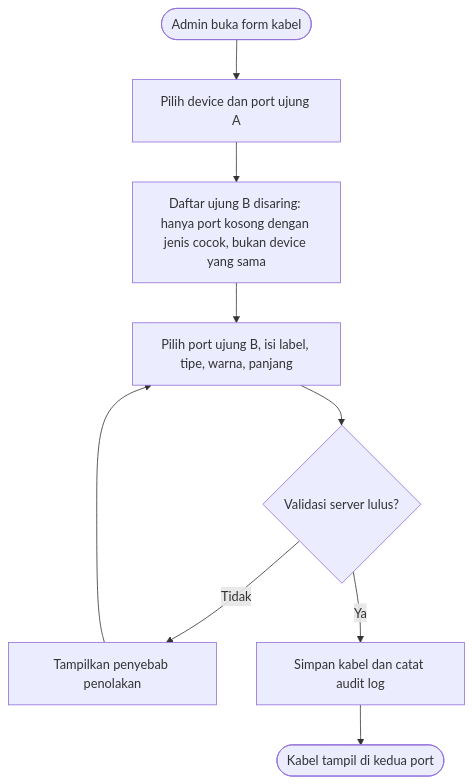
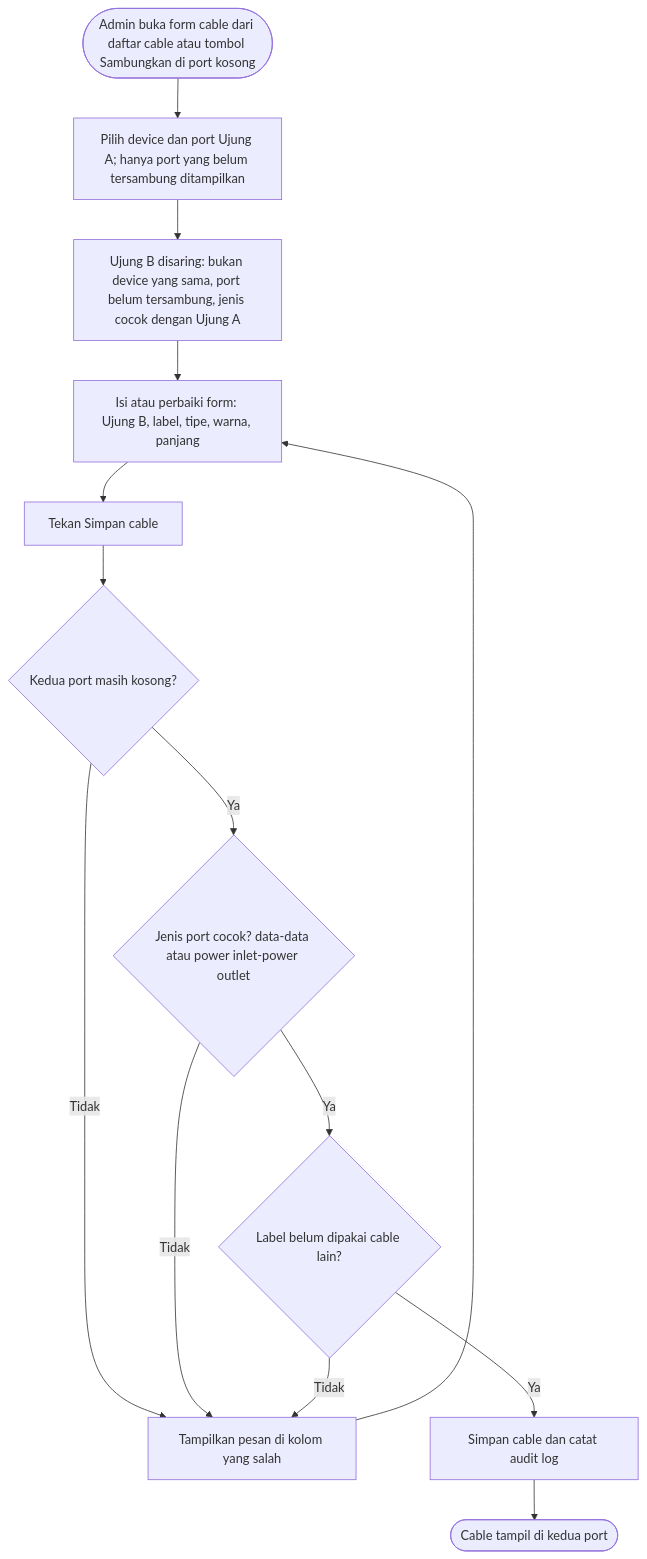
Before and after one commit to haldrianlab-arch/DCM_PROJECT: the third of 6 diagrams in docs/diagrams/flowchart.md, drawn with Mermaid. The commit also changed other lines of this file and 10 other files, not shown here.

Commit message:
docs: PRD v0.3, design spec v0.3, flowchart dan use case diperbarui

````diff
--- a/docs/diagrams/flowchart.md
+++ b/docs/diagrams/flowchart.md
@@ -51,10 +64,15 @@
 ```mermaid
 flowchart TD
-    A([Admin buka form kabel]) --> B[Pilih device dan port ujung A]
-    B --> C["Daftar ujung B disaring: hanya port kosong dengan jenis cocok, bukan device yang sama"]
-    C --> D[Pilih port ujung B, isi label, tipe, warna, panjang]
-    D --> E{"Validasi server lulus?"}
-    E -- Tidak --> E1[Tampilkan penyebab penolakan] --> D
-    E -- Ya --> F[Simpan kabel dan catat audit log]
-    F --> G([Kabel tampil di kedua port])
+    A([Admin buka form cable dari daftar cable atau tombol Sambungkan di port kosong]) --> B["Pilih device dan port Ujung A; hanya port yang belum tersambung ditampilkan"]
+    B --> C["Ujung B disaring: bukan device yang sama, port belum tersambung, jenis cocok dengan Ujung A"]
+    C --> D[Isi atau perbaiki form: Ujung B, label, tipe, warna, panjang]
+    D --> S[Tekan Simpan cable]
+    S --> V1{"Kedua port masih kosong?"}
+    V1 -- Tidak --> E[Tampilkan pesan di kolom yang salah] --> D
+    V1 -- Ya --> V2{"Jenis port cocok? data-data atau power inlet-power outlet"}
+    V2 -- Tidak --> E
+    V2 -- Ya --> V3{"Label belum dipakai cable lain?"}
+    V3 -- Tidak --> E
+    V3 -- Ya --> F[Simpan cable dan catat audit log]
+    F --> G([Cable tampil di kedua port])
 ```
````
